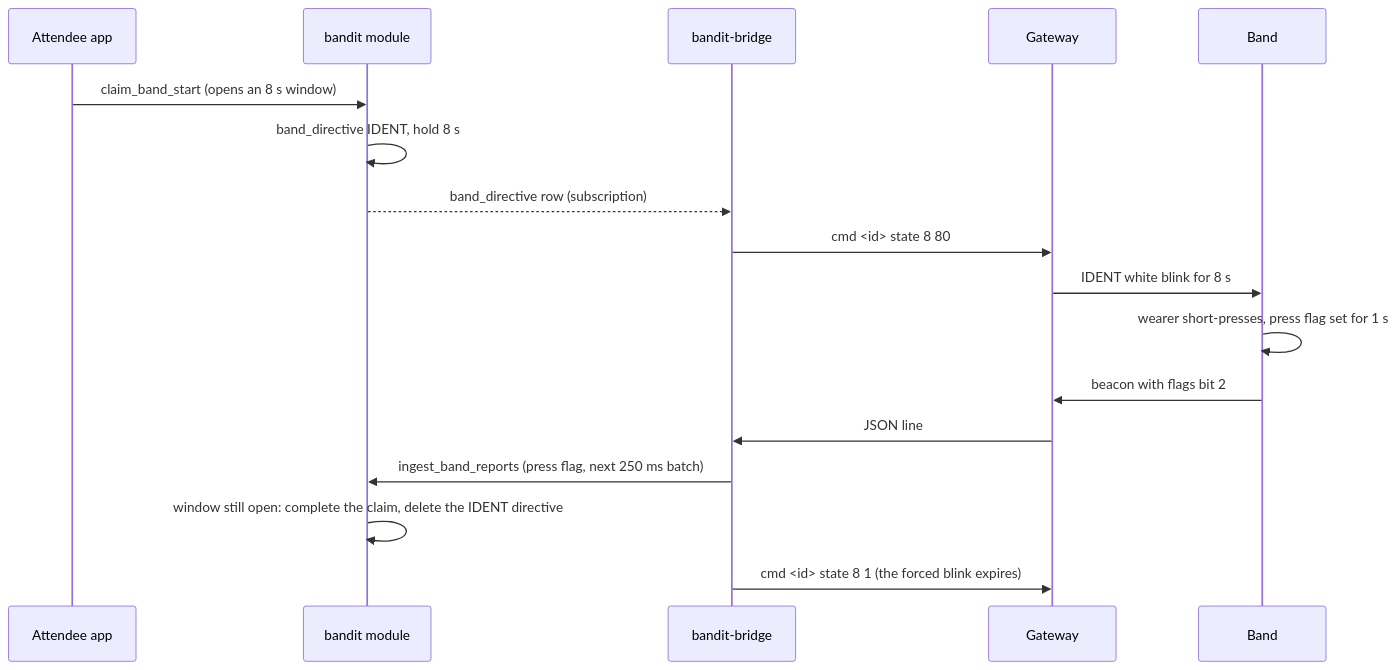
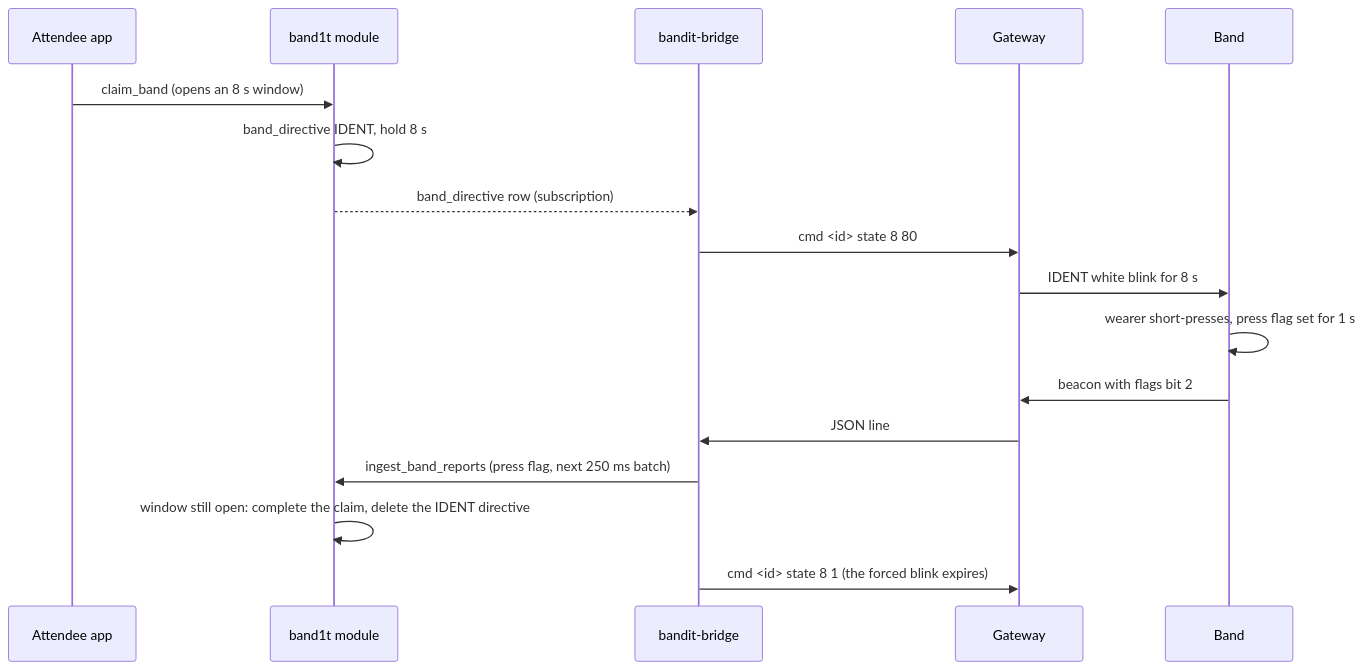
The fourth of 4 diagrams in System Design/3-services/Gateway-Bridge.md (viktorinkov/cal-hacks-13), drawn with Mermaid before and after one commit. The commit also changed other lines of this file and 21 other files, not shown here.

````diff
--- a/System Design/3-services/Gateway-Bridge.md
+++ b/System Design/3-services/Gateway-Bridge.md
@@ -214,19 +214,19 @@
 ```mermaid
 sequenceDiagram
     participant A as Attendee app
-    participant M as bandit module
+    participant M as band1t module
     participant R as bandit-bridge
     participant G as Gateway
     participant B as Band
-    A->>M: claim_band_start (opens an 8 s window)
+    A->>M: claim_band (opens an 8 s window)
     M->>M: band_directive IDENT, hold 8 s
     M-->>R: band_directive row (subscription)
     R->>G: cmd <id> state 8 80
     G->>B: IDENT white blink for 8 s
     B->>B: wearer short-presses, press flag set for 1 s
     B->>G: beacon with flags bit 2
     G->>R: JSON line
     R->>M: ingest_band_reports (press flag, next 250 ms batch)
     M->>M: window still open: complete the claim, delete the IDENT directive
     R->>G: cmd <id> state 8 1 (the forced blink expires)
 ```
````
